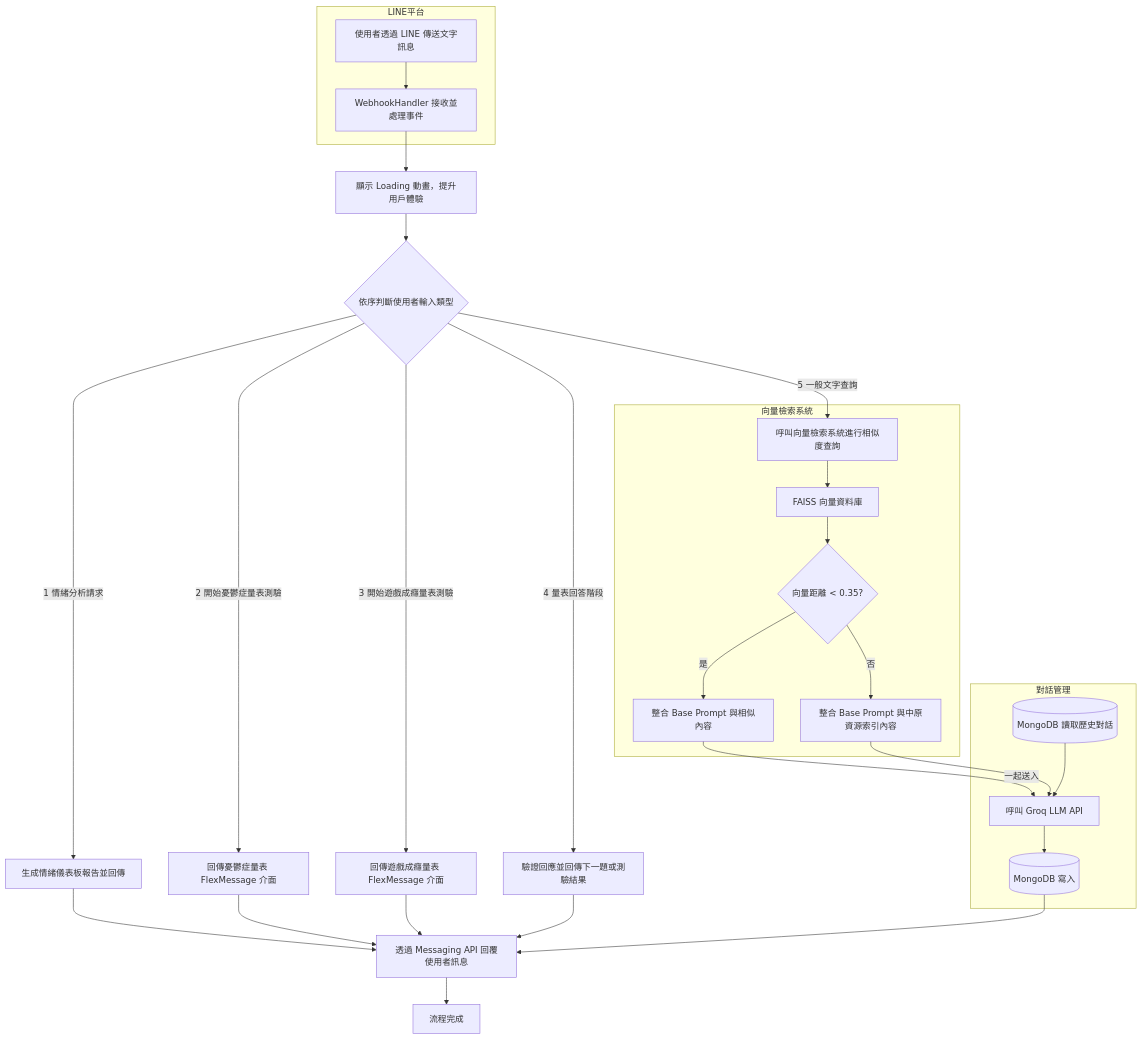
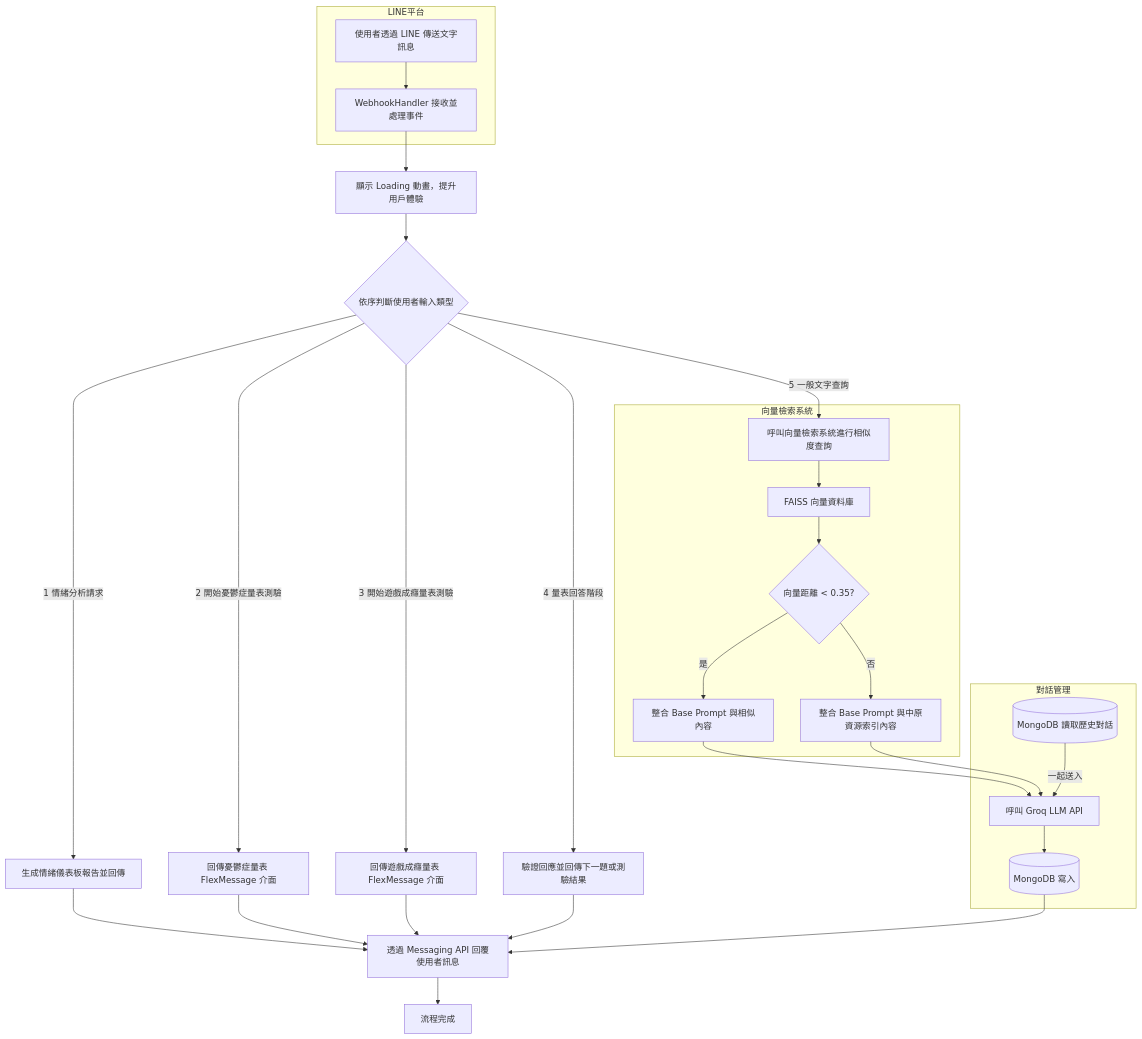
The diagram in README.md (aurorajojo/line_app), drawn with Mermaid before and after one commit.

````diff
--- a/README.md
+++ b/README.md
@@ -3,46 +3,46 @@
 ```mermaid
 flowchart TD
     subgraph LINE平台
         A[使用者透過 LINE 傳送文字訊息] --> B[WebhookHandler 接收並處理事件]
     end
 
     B --> C[顯示 Loading 動畫，提升用戶體驗]
 
     C --> D{依序判斷使用者輸入類型}
 
     D -->|1 情緒分析請求| E[生成情緒儀表板報告並回傳]
     E --> O1
 
     D -->|2 開始憂鬱症量表測驗| F[回傳憂鬱症量表 FlexMessage 介面]
     F --> O1
 
     D -->|3 開始遊戲成癮量表測驗| G[回傳遊戲成癮量表 FlexMessage 介面]
     G --> O1
 
     D -->|4 量表回答階段| H[驗證回應並回傳下一題或測驗結果]
     H --> O1
 
     D -->|5 一般文字查詢| I[呼叫向量檢索系統進行相似度查詢]
 
     subgraph 向量檢索系統
         I --> V1[FAISS 向量資料庫]
         V1 --> Q{向量距離 < 0.35?}
         Q -->|是| J[整合 Base Prompt 與相似內容]
         Q -->|否| R[整合 Base Prompt 與中原資源索引內容]
     end
 
     subgraph 對話管理
-        J --> |一起送入| L[呼叫 Groq LLM API]
+        J --> L[呼叫 Groq LLM API]
         R --> L
         MDB_Read[(MongoDB 讀取歷史對話)]
         MDB_Write[(MongoDB 寫入)]
 
 
-        MDB_Read --> L
+        MDB_Read -->|一起送入| L
         L --> MDB_Write
         
     end
     MDB_Write --> O1
     O1[透過 Messaging API 回覆使用者訊息] --> Z[流程完成]
 
 ```
````
